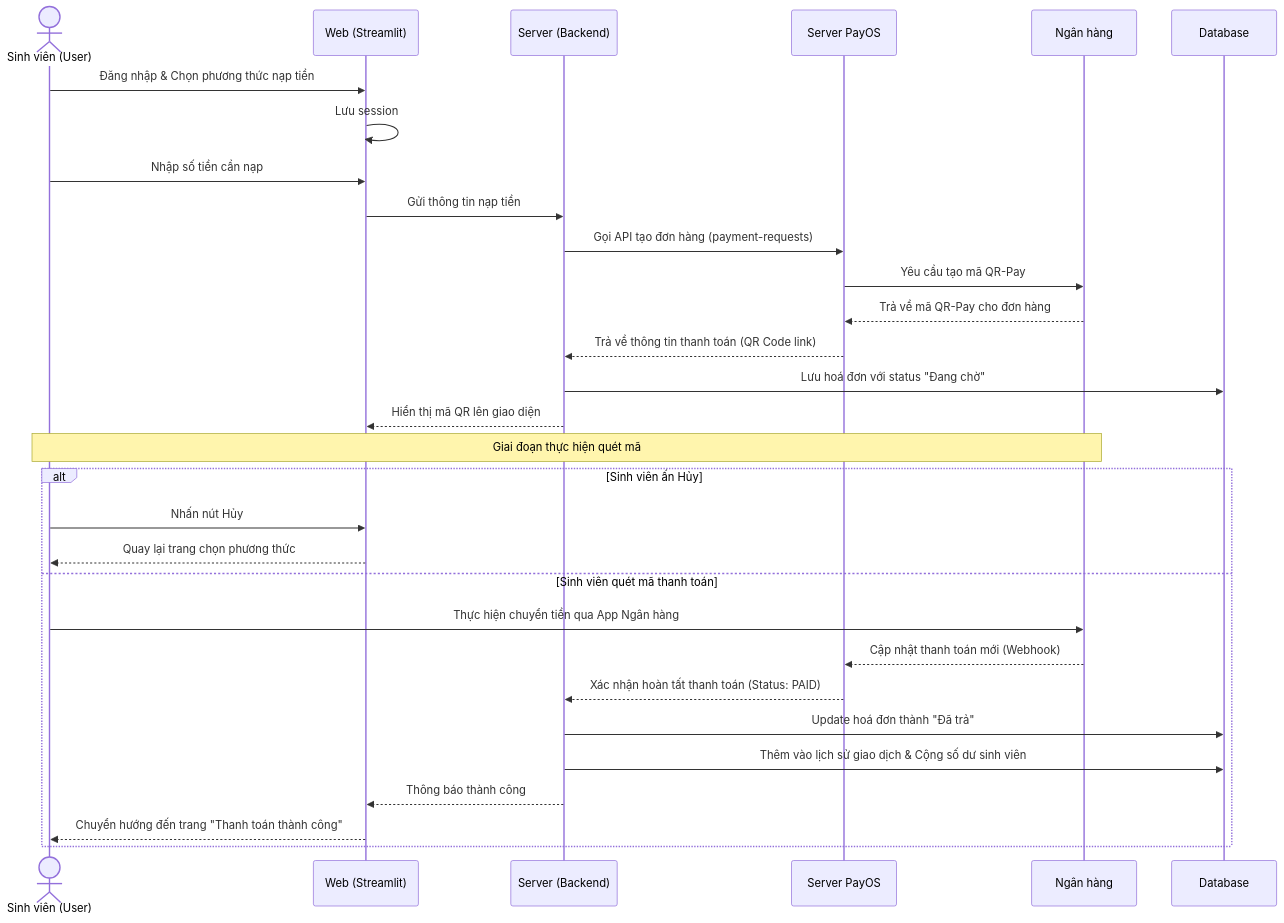
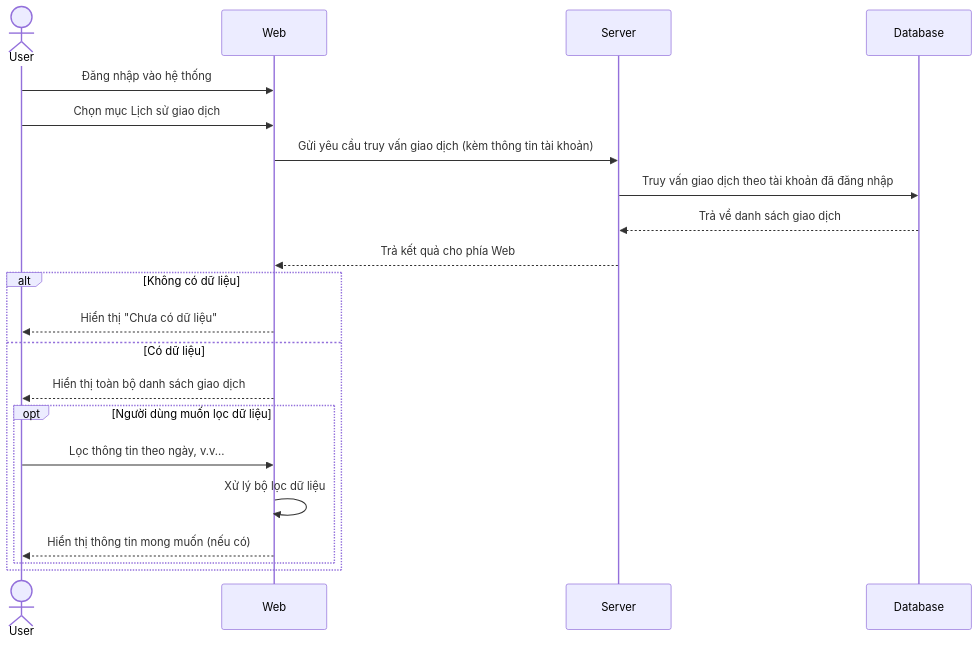
The second of 2 diagrams in README.md (Duckkeip/TTTNDKT), drawn with Mermaid before and after one commit.

````diff
--- a/README.md
+++ b/README.md
@@ -78,40 +78,28 @@
 ```mermaid
 sequenceDiagram
-    actor Student as Sinh viên (User)
-    participant Web as Web (Streamlit)
-    participant Server as Server (Backend)
-    participant PayOS as Server PayOS
-    participant Bank as Ngân hàng
+    actor User
+    participant Web
+    participant Server
     participant DB as Database
 
-    Student->>Web: Đăng nhập & Chọn phương thức nạp tiền
-    Web->>Web: Lưu session
+    User->>Web: Đăng nhập vào hệ thống
+    User->>Web: Chọn mục Lịch sử giao dịch
     
-    Student->>Web: Nhập số tiền cần nạp
-    Web->>Server: Gửi thông tin nạp tiền
+    Web->>Server: Gửi yêu cầu truy vấn giao dịch (kèm thông tin tài khoản)
+    Server->>DB: Truy vấn giao dịch theo tài khoản đã đăng nhập
+    DB-->>Server: Trả về danh sách giao dịch
     
-    Server->>PayOS: Gọi API tạo đơn hàng (payment-requests)
-    PayOS->>Bank: Yêu cầu tạo mã QR-Pay
-    Bank-->>PayOS: Trả về mã QR-Pay cho đơn hàng
-    PayOS-->>Server: Trả về thông tin thanh toán (QR Code link)
+    Server-->>Web: Trả kết quả cho phía Web
     
-    Server->>DB: Lưu hoá đơn với status "Đang chờ"
-    Server-->>Web: Hiển thị mã QR lên giao diện
-    
-    Note over Student, Bank: Giai đoạn thực hiện quét mã
-    
-    alt Sinh viên ấn Hủy
-        Student->>Web: Nhấn nút Hủy
-        Web-->>Student: Quay lại trang chọn phương thức
-    else Sinh viên quét mã thanh toán
-        Student->>Bank: Thực hiện chuyển tiền qua App Ngân hàng
-        Bank-->>PayOS: Cập nhật thanh toán mới (Webhook)
-        PayOS-->>Server: Xác nhận hoàn tất thanh toán (Status: PAID)
+    alt Không có dữ liệu
+        Web-->>User: Hiển thị "Chưa có dữ liệu"
+    else Có dữ liệu
+        Web-->>User: Hiển thị toàn bộ danh sách giao dịch
         
-        Server->>DB: Update hoá đơn thành "Đã trả"
-        Server->>DB: Thêm vào lịch sử giao dịch & Cộng số dư sinh viên
-        
-        Server-->>Web: Thông báo thành công
-        Web-->>Student: Chuyển hướng đến trang "Thanh toán thành công"
+        opt Người dùng muốn lọc dữ liệu
+            User->>Web: Lọc thông tin theo ngày, v.v...
+            Web->>Web: Xử lý bộ lọc dữ liệu
+            Web-->>User: Hiển thị thông tin mong muốn (nếu có)
+        end
     end
 ```
````
